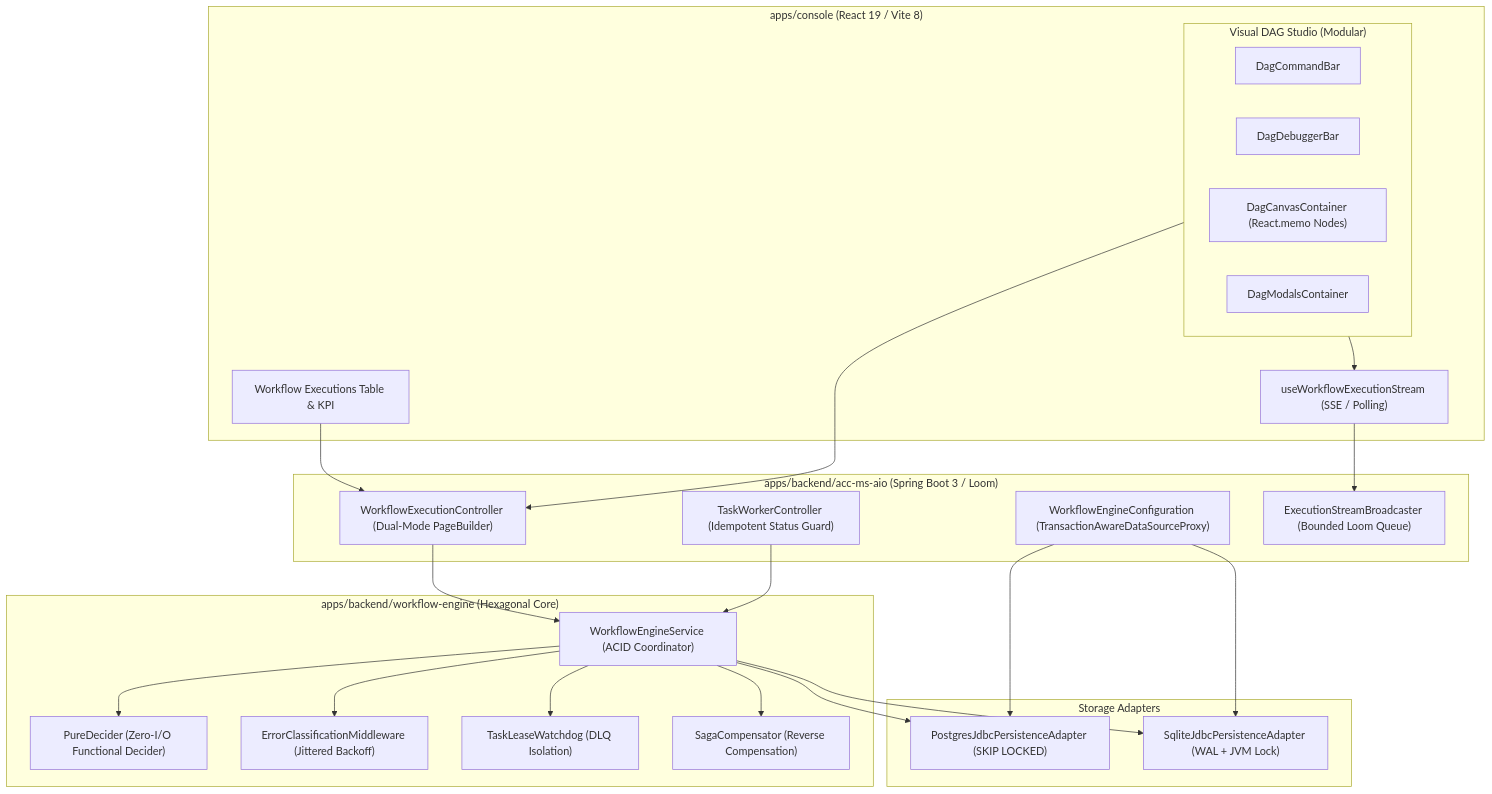
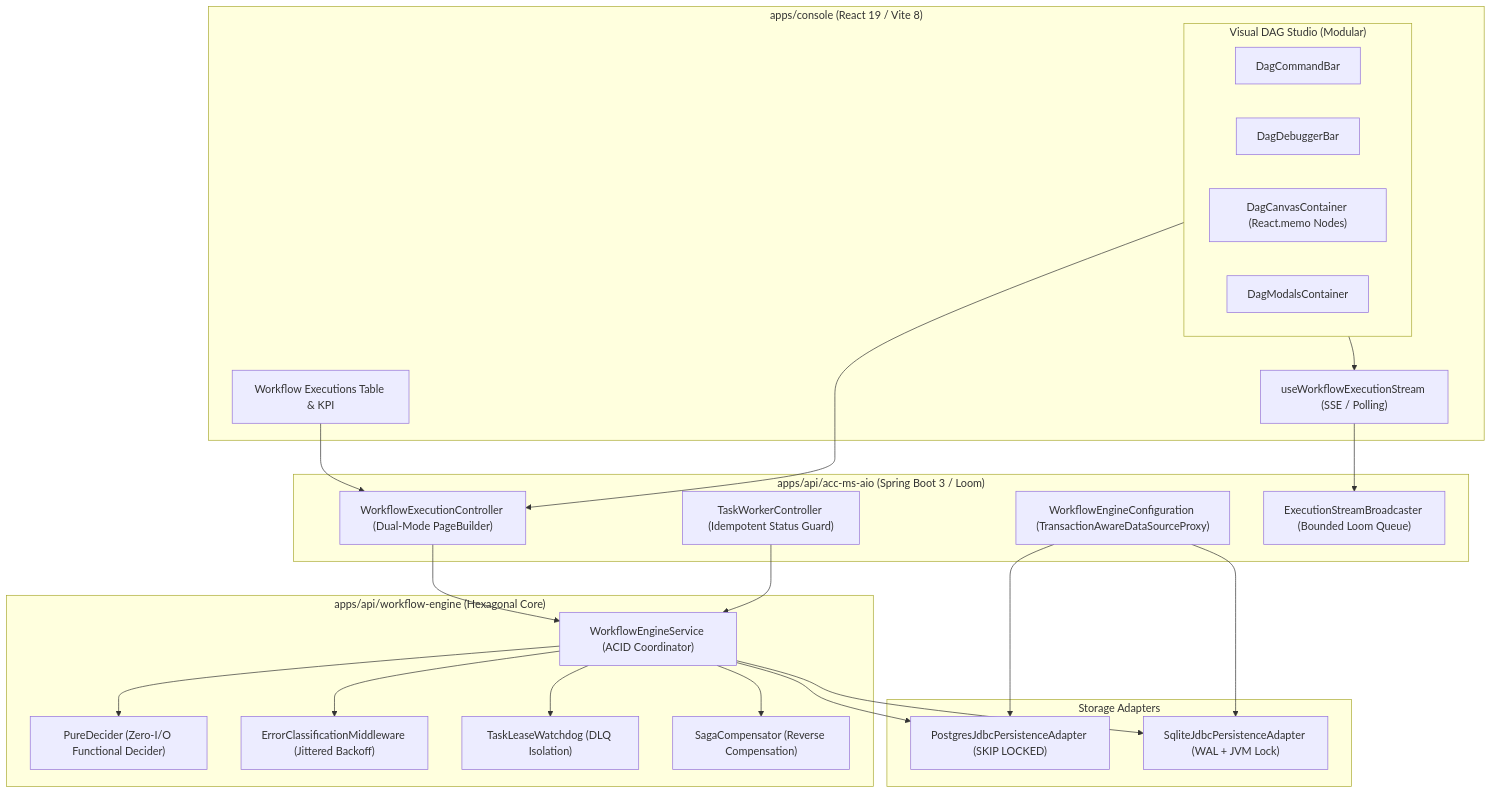
Before and after one commit to tamanle23/acc: the diagram in docs/archived/iterations/master_implementation_plan_iteration_42.md, drawn with Mermaid. The commit also changed other lines of this file and 1996 other files, not shown here.

First line of the commit message:
refactor(all): rename apps/backend to apps/api and @acc/backend to @acc/api

````diff
--- a/docs/archived/iterations/master_implementation_plan_iteration_42.md
+++ b/docs/archived/iterations/master_implementation_plan_iteration_42.md
@@ -18,48 +18,48 @@
 ```mermaid
 graph TD
     subgraph Console_UI["apps/console (React 19 / Vite 8)"]
         subgraph Studio_Decomposed["Visual DAG Studio (Modular)"]
             CommandBar["DagCommandBar"]
             DebuggerBar["DagDebuggerBar"]
             CanvasContainer["DagCanvasContainer (React.memo Nodes)"]
             ModalsContainer["DagModalsContainer"]
         end
         ExecTable["Workflow Executions Table & KPI"]
         StreamHook["useWorkflowExecutionStream (SSE / Polling)"]
     end
 
-    subgraph Backend_Gateway["apps/backend/acc-ms-aio (Spring Boot 3 / Loom)"]
+    subgraph Backend_Gateway["apps/api/acc-ms-aio (Spring Boot 3 / Loom)"]
         Config["WorkflowEngineConfiguration (TransactionAwareDataSourceProxy)"]
         ExecCtrl["WorkflowExecutionController (Dual-Mode PageBuilder)"]
         TaskCtrl["TaskWorkerController (Idempotent Status Guard)"]
         Broadcaster["ExecutionStreamBroadcaster (Bounded Loom Queue)"]
     end
 
-    subgraph Engine_Core["apps/backend/workflow-engine (Hexagonal Core)"]
+    subgraph Engine_Core["apps/api/workflow-engine (Hexagonal Core)"]
         Service["WorkflowEngineService (ACID Coordinator)"]
         PureDecider["PureDecider (Zero-I/O Functional Decider)"]
         Middleware["ErrorClassificationMiddleware (Jittered Backoff)"]
         Watchdog["TaskLeaseWatchdog (DLQ Isolation)"]
         Compensator["SagaCompensator (Reverse Compensation)"]
     end
 
     subgraph Persistence_Layer["Storage Adapters"]
         Postgres["PostgresJdbcPersistenceAdapter (SKIP LOCKED)"]
         Sqlite["SqliteJdbcPersistenceAdapter (WAL + JVM Lock)"]
     end
 
     Studio_Decomposed --> StreamHook
     StreamHook --> Broadcaster
     Studio_Decomposed --> ExecCtrl
     ExecTable --> ExecCtrl
     ExecCtrl --> Service
     TaskCtrl --> Service
     Config --> Postgres
     Config --> Sqlite
     Service --> PureDecider
     Service --> Middleware
     Service --> Watchdog
     Service --> Compensator
     Service --> Postgres
     Service --> Sqlite
 ```
````
